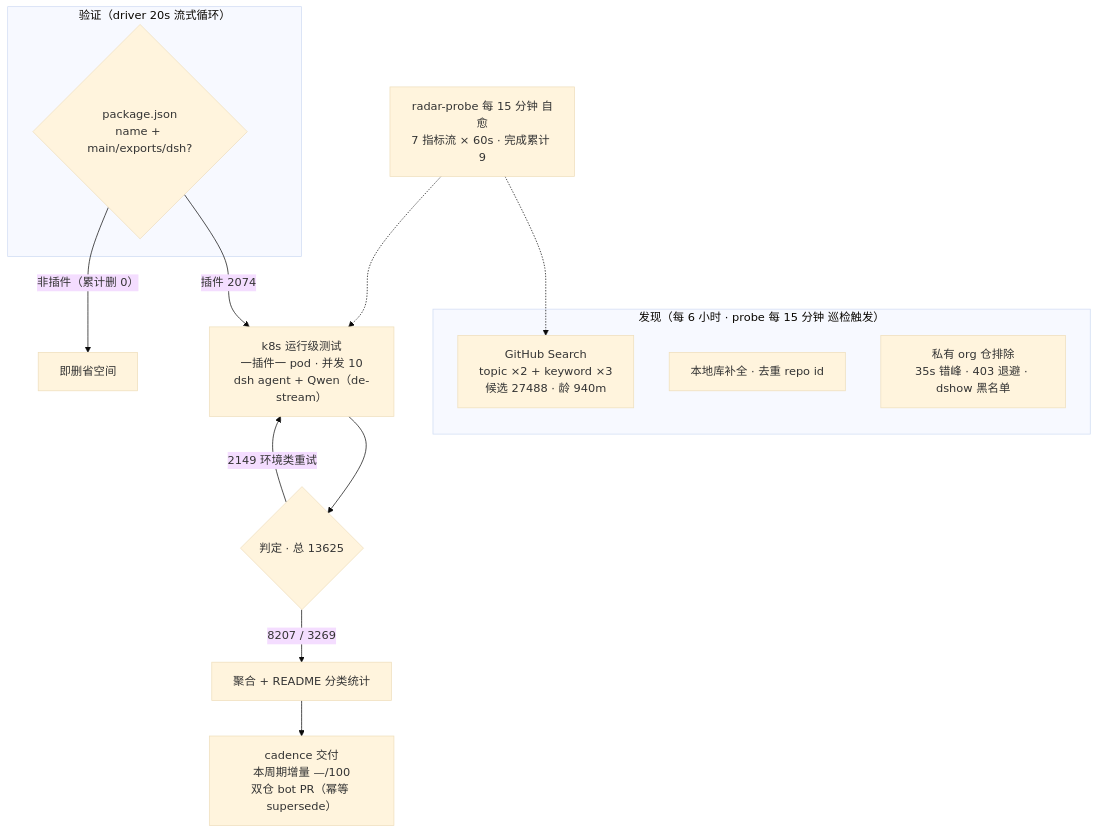
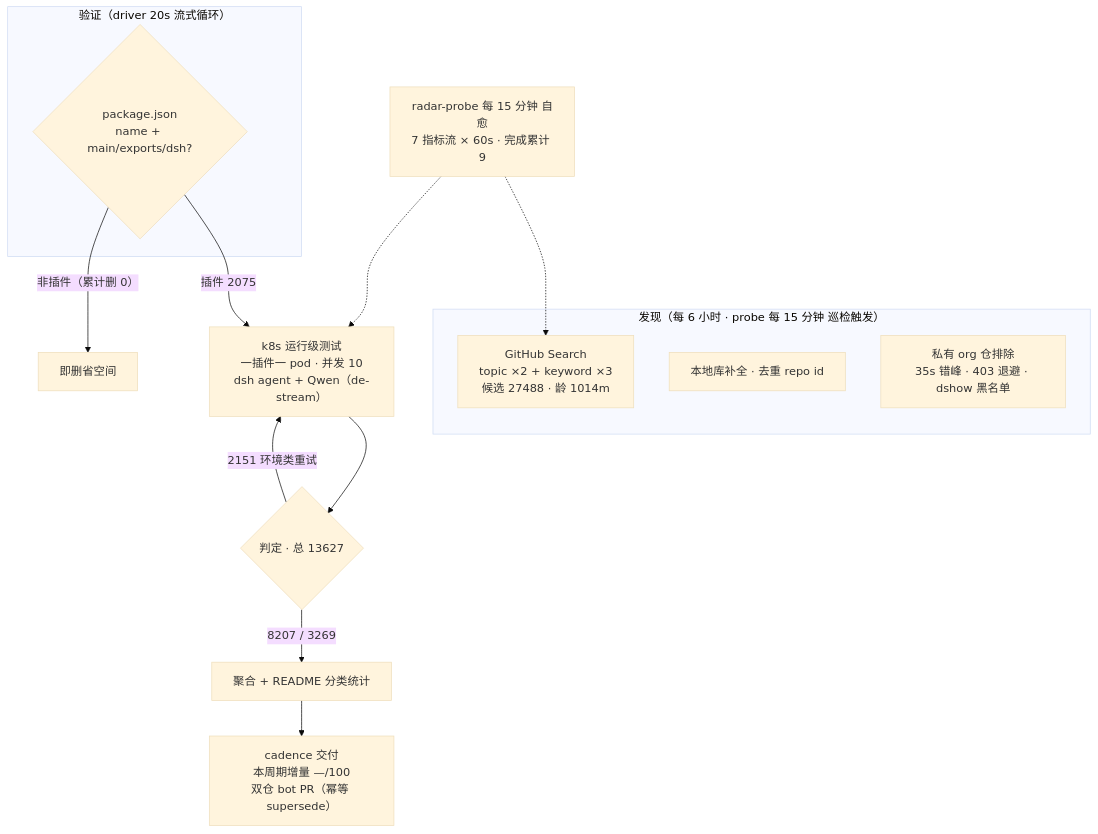
The diagram in README.md (Zhidao-Lab-OSS/awesome-dsh-plugins), drawn with Mermaid (base theme) before and after one commit. The commit also changed other lines of this file and 1 other file, not shown here.

````diff
--- a/README.md
+++ b/README.md
@@ -54,20 +54,20 @@
 ```mermaid
 flowchart TB
     subgraph Discovery["发现（每 6 小时 · probe 每 15 分钟 巡检触发）"]
-        A1["GitHub Search<br/>topic ×2 + keyword ×3<br/>候选 27488 · 龄 940m"]
+        A1["GitHub Search<br/>topic ×2 + keyword ×3<br/>候选 27488 · 龄 1014m"]
         A2["本地库补全 · 去重 repo id"]
         A3["私有 org 仓排除<br/>35s 错峰 · 403 退避 · dshow 黑名单"]
     end
     subgraph Validation["验证（driver 20s 流式循环）"]
         B1{"package.json<br/>name + main/exports/dsh?"}
     end
-    B1 -->|"插件 2074"| C1["k8s 运行级测试<br/>一插件一 pod · 并发 10<br/>dsh agent + Qwen（de-stream）"]
+    B1 -->|"插件 2075"| C1["k8s 运行级测试<br/>一插件一 pod · 并发 10<br/>dsh agent + Qwen（de-stream）"]
     B1 -->|"非插件（累计删 0）"| B3["即删省空间"]
-    C1 --> D1{"判定 · 总 13625"}
+    C1 --> D1{"判定 · 总 13627"}
     D1 -->|"8207 / 3269"| E1["聚合 + README 分类统计"]
-    D1 -->|"2149 环境类重试"| C1
+    D1 -->|"2151 环境类重试"| C1
     E1 --> E2["cadence 交付<br/>本周期增量 —/100<br/>双仓 bot PR（幂等 supersede）"]
     M["radar-probe 每 15 分钟 自愈<br/>7 指标流 × 60s · 完成累计 9"]
     M -.-> A1
     M -.-> C1
 ```
````
